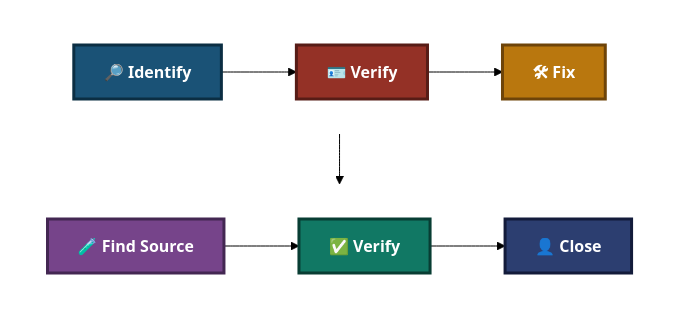
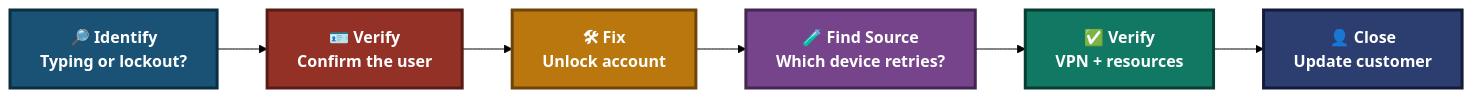
The first of 5 diagrams in 01-Video-knowledge-base/01.3-VPN-Connection-Failed.md (malaika-azhar/Customer-Tech-Support-Portfolio), drawn with Mermaid (forest theme) before and after one commit. The commit also changed other lines of this file, not shown here.

````diff
--- a/01-Video-knowledge-base/01.3-VPN-Connection-Failed.md
+++ b/01-Video-knowledge-base/01.3-VPN-Connection-Failed.md
@@ -127,21 +127,11 @@
 ```mermaid
-flowchart TD
-    subgraph R1[" "]
-        direction LR
-        A["🔎 Identify"]:::s1 --> B["🪪 Verify"]:::s2 --> C["🛠 Fix"]:::s3
-    end
-    subgraph R2[" "]
-        direction LR
-        D["🧪 Find Source"]:::s4 --> E["✅ Verify"]:::s5 --> F["👤 Close"]:::s6
-    end
-    R1 --> R2
+flowchart LR
+    A["🔎 Identify<br/>Typing or lockout?"]:::s1 --> B["🪪 Verify<br/>Confirm the user"]:::s2 --> C["🛠 Fix<br/>Unlock account"]:::s3 --> D["🧪 Find Source<br/>Which device retries?"]:::s4 --> E["✅ Verify<br/>VPN + resources"]:::s5 --> F["👤 Close<br/>Update customer"]:::s6
 
     classDef s1 fill:#1A5276,stroke:#0B2E43,stroke-width:3px,color:#FFFFFF,font-weight:bold
     classDef s2 fill:#943126,stroke:#571C16,stroke-width:3px,color:#FFFFFF,font-weight:bold
     classDef s3 fill:#B9770E,stroke:#6E4409,stroke-width:3px,color:#FFFFFF,font-weight:bold
     classDef s4 fill:#76448A,stroke:#432752,stroke-width:3px,color:#FFFFFF,font-weight:bold
     classDef s5 fill:#117864,stroke:#083D33,stroke-width:3px,color:#FFFFFF,font-weight:bold
     classDef s6 fill:#2C3E70,stroke:#131B3A,stroke-width:3px,color:#FFFFFF,font-weight:bold
-    style R1 fill:none,stroke:none
-    style R2 fill:none,stroke:none
 ```
````
